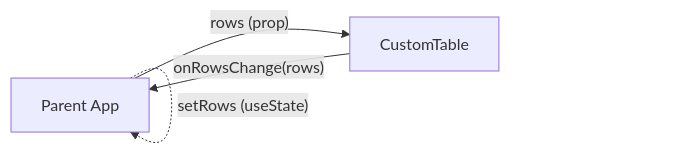
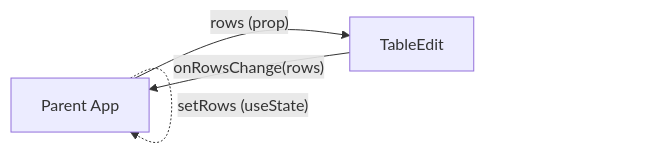
Before and after one commit to SebastianBaltes/customtable: the second of 3 diagrams in README.md, drawn with Mermaid. The commit also changed other lines of this file and 28 other files, not shown here.

Commit message:
Rename CustomTable -> TableEdit, CustomRow -> TableRow, CustomCell -> TableCell, CustomColHeader -> ColHeader

````diff
--- a/README.md
+++ b/README.md
@@ -298,9 +298,9 @@
 ```mermaid
 flowchart LR
   Parent[Parent App]
-  CT[CustomTable]
+  CT[TableEdit]
 
   Parent -- "rows (prop)" --> CT
   CT -- "onRowsChange(rows)" --> Parent
   Parent -.-> |"setRows (useState)"| Parent
 ```
````
